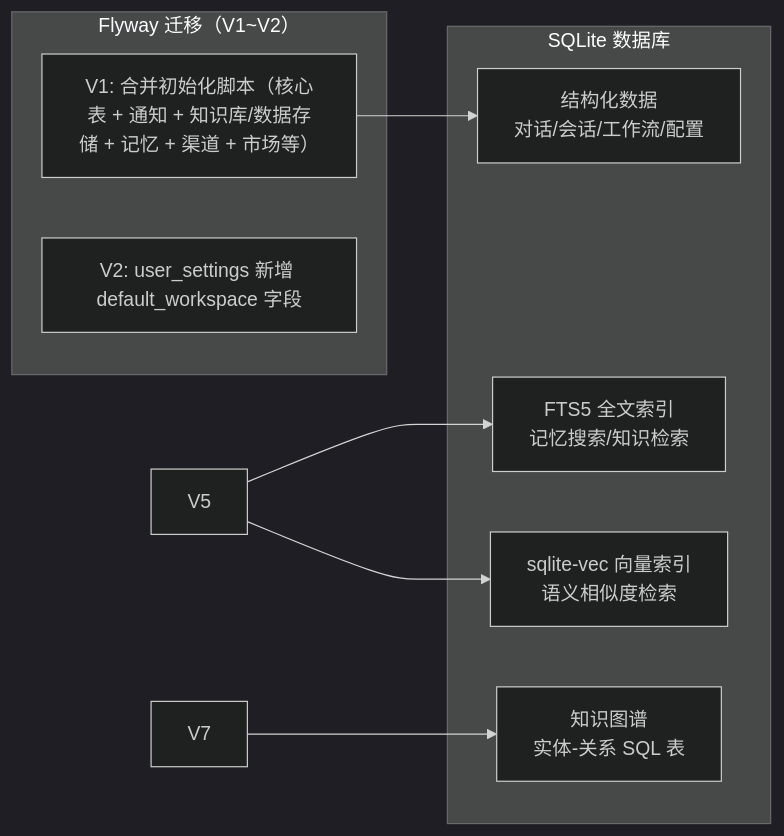
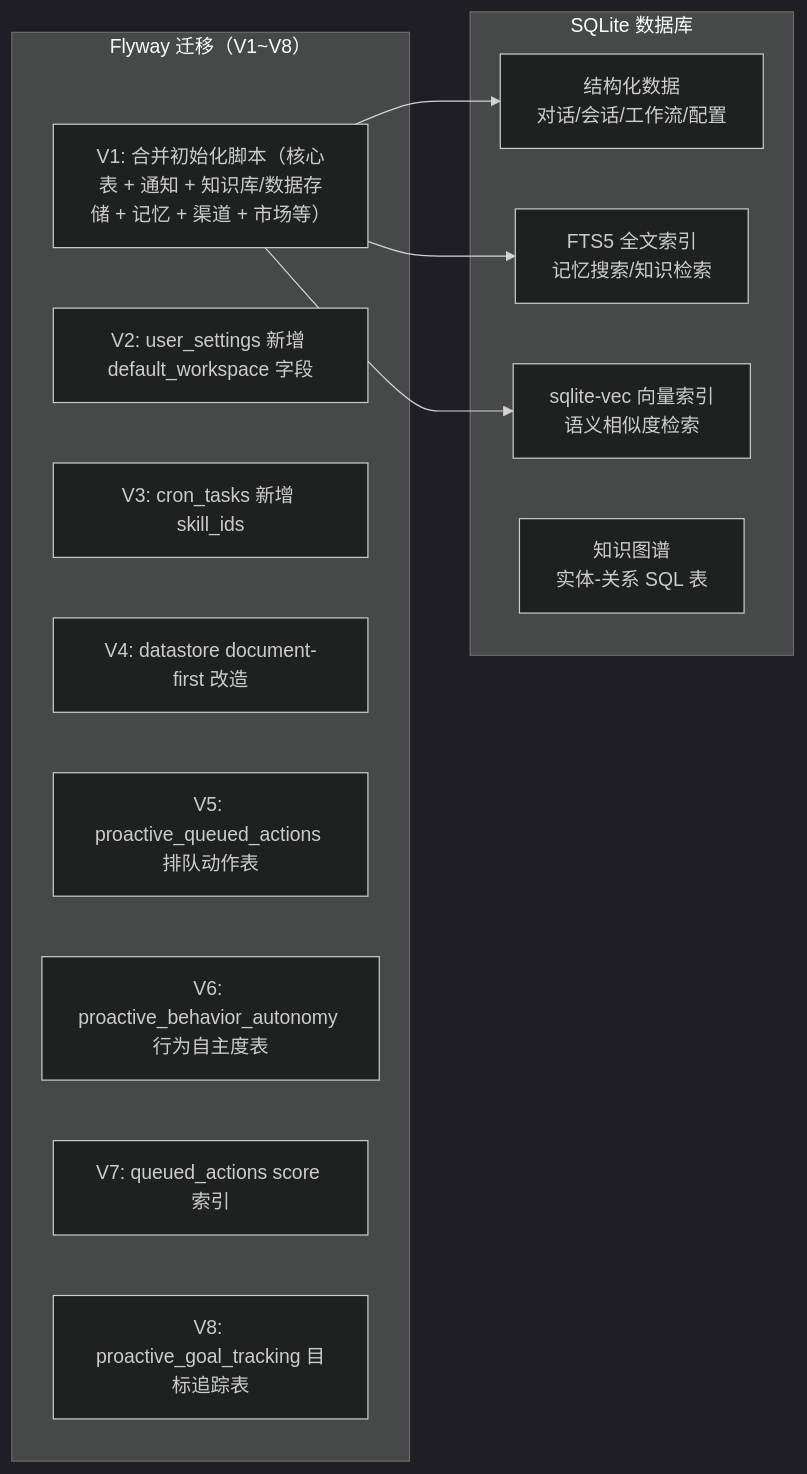
One commit to ntygod/LifePilot changed the third of 4 diagrams in docs/ARCHITECTURE.md. Above: the diagram before and after it, drawn with Mermaid (dark theme). The commit also changed other lines of this file and 138 other files, not shown here.

````diff
--- a/docs/ARCHITECTURE.md
+++ b/docs/ARCHITECTURE.md
@@ -181,19 +184,24 @@
 ```mermaid
 graph LR
     subgraph "SQLite 数据库"
         SQL["结构化数据<br/>对话/会话/工作流/配置"]
         FTS["FTS5 全文索引<br/>记忆搜索/知识检索"]
         VEC["sqlite-vec 向量索引<br/>语义相似度检索"]
         GRAPH["知识图谱<br/>实体-关系 SQL 表"]
     end
 
-    subgraph "Flyway 迁移（V1~V2）"
+    subgraph "Flyway 迁移（V1~V8）"
         V1["V1: 合并初始化脚本（核心表 + 通知 + 知识库/数据存储 + 记忆 + 渠道 + 市场等）"]
         V2["V2: user_settings 新增 default_workspace 字段"]
+        V3["V3: cron_tasks 新增 skill_ids"]
+        V4["V4: datastore document-first 改造"]
+        V5["V5: proactive_queued_actions 排队动作表"]
+        V6["V6: proactive_behavior_autonomy 行为自主度表"]
+        V7["V7: queued_actions score 索引"]
+        V8["V8: proactive_goal_tracking 目标追踪表"]
     end
 
     V1 --> SQL
-    V5 --> FTS
-    V5 --> VEC
-    V7 --> GRAPH
+    V1 --> FTS
+    V1 --> VEC
 ```
````
